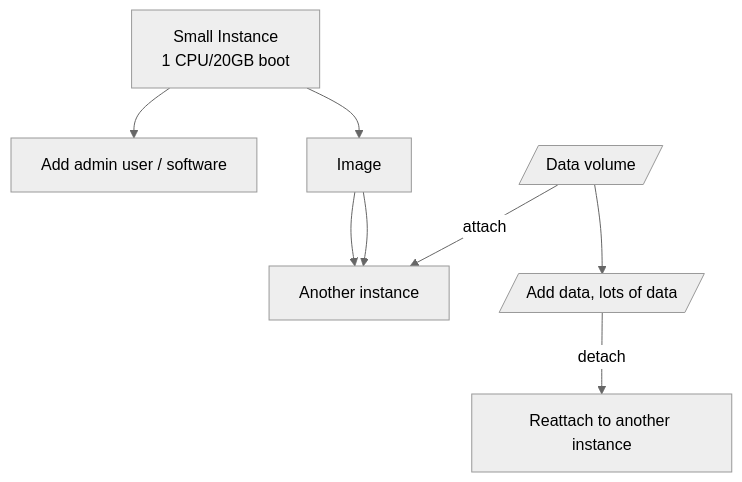
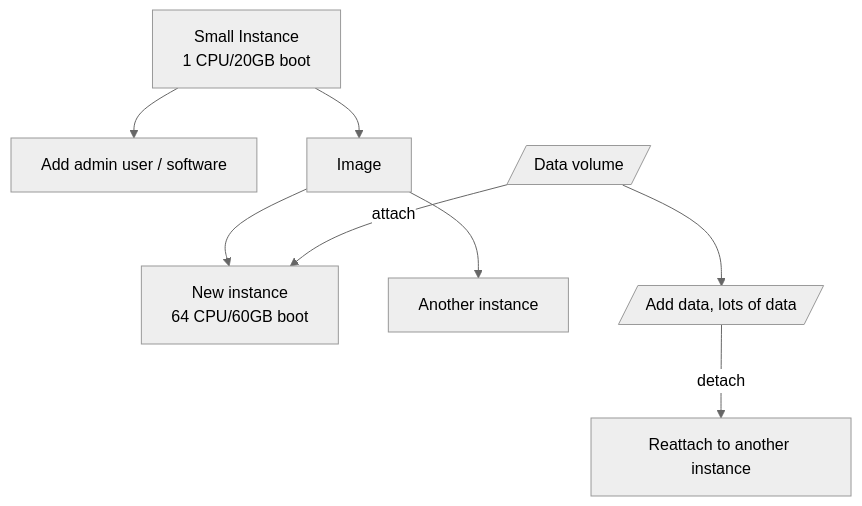
The diagram in getting-started.md (AntibodyEngineers/2024-Antibodies-and-AI), drawn with Mermaid (neutral theme) before and after one commit.

````diff
--- a/getting-started.md
+++ b/getting-started.md
@@ -7,10 +7,10 @@
 ```mermaid
     flowchart TD
     
     A[Small Instance<br/>1 CPU/20GB boot] --> B[Add admin user / software]
     A-->C[Image] --> D[New instance<br/>64 CPU/60GB boot]
-    E[/Data volume/]
-    E -- attach --> D
-    C --> D[Another instance]
-    E-->F[/Add data, lots of data/] -- detach --> H[Reattach to another instance]
+    F[/Data volume/]
+    F -- attach --> D
+    C --> E[Another instance]
+    F-->G[/Add data, lots of data/] -- detach --> H[Reattach to another instance]
 ```
````
